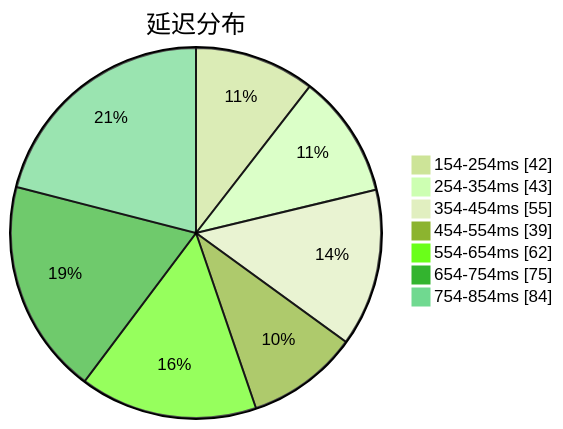
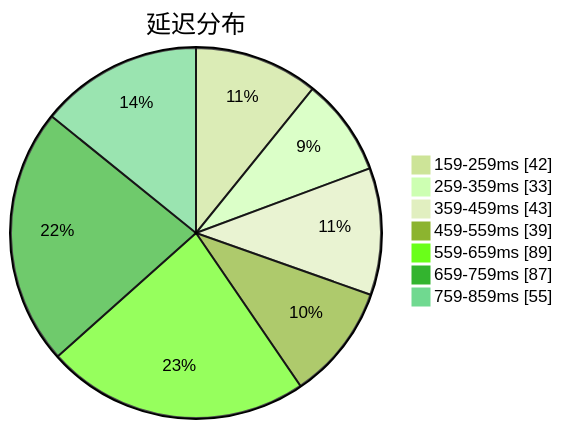
Before and after one commit to qjlxg/airport: the first of 3 diagrams in subs/statistics/tested_within.md, drawn with Mermaid (forest theme). The commit also changed other lines of this file and 2 other files, not shown here.

````diff
--- a/subs/statistics/tested_within.md
+++ b/subs/statistics/tested_within.md
@@ -2,11 +2,11 @@
 ```mermaid
 pie showData
 title 延迟分布
-"154-254ms" : 42
-"254-354ms" : 43
-"354-454ms" : 55
-"454-554ms" : 39
-"554-654ms" : 62
-"654-754ms" : 75
-"754-854ms" : 84
+"159-259ms" : 42
+"259-359ms" : 33
+"359-459ms" : 43
+"459-559ms" : 39
+"559-659ms" : 89
+"659-759ms" : 87
+"759-859ms" : 55
 ```
````
